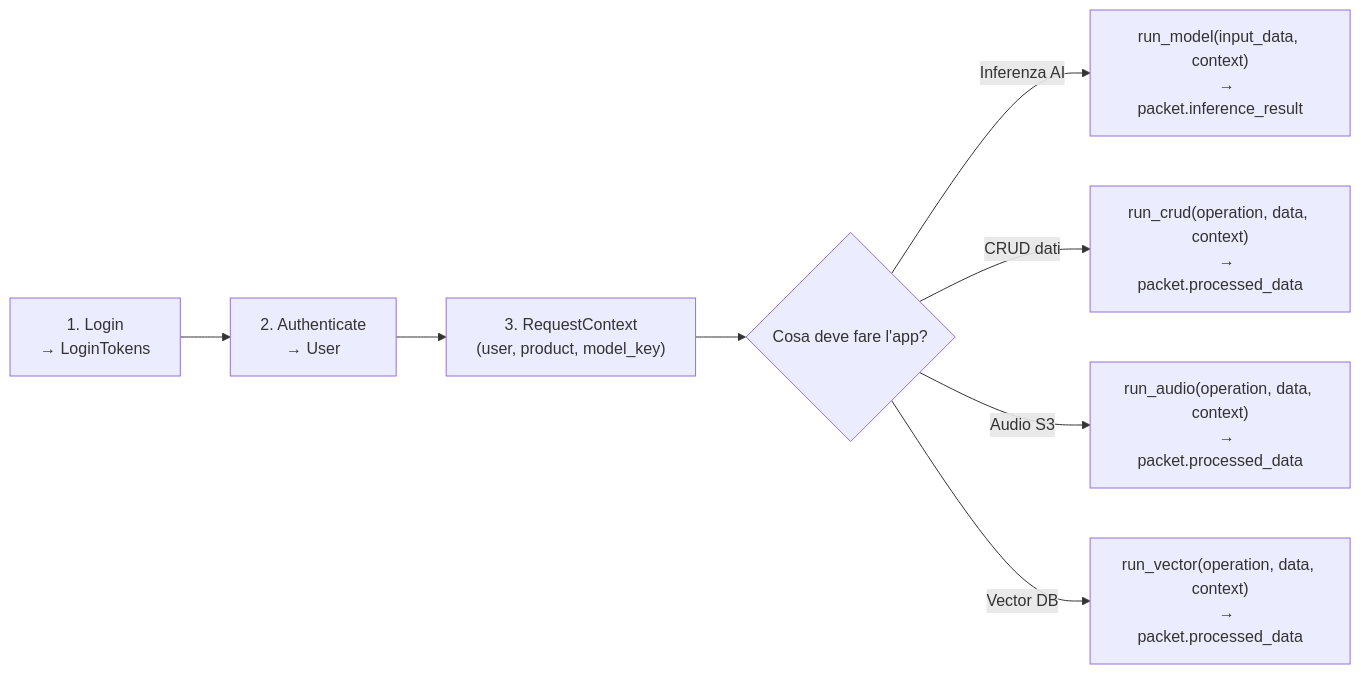
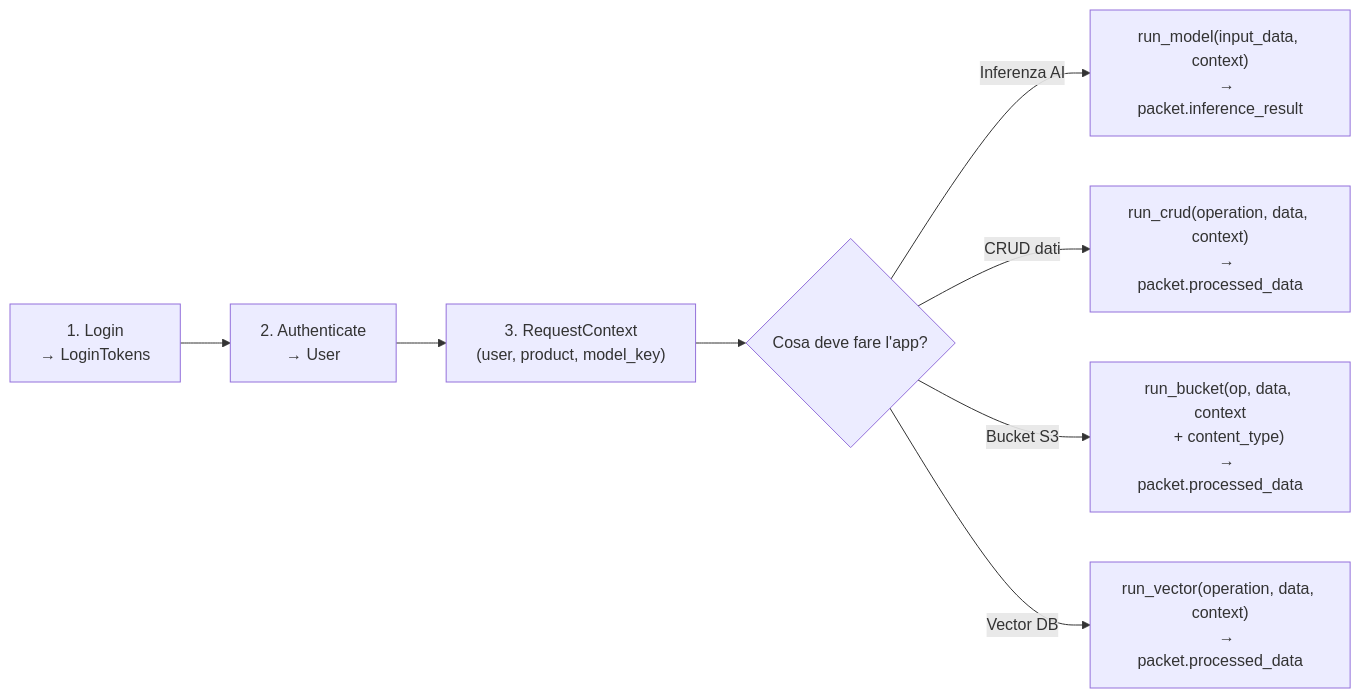
The second of 2 diagrams in docs/application-integration-flow.md (ianuacare/ianua-library), drawn with Mermaid before and after one commit. The commit also changed other lines of this file and 3 other files, not shown here.

First line of the commit message:
docs(infra): document pipeline split, storage parsers, and bucket flow

````diff
--- a/docs/application-integration-flow.md
+++ b/docs/application-integration-flow.md
@@ -514,17 +517,18 @@
 ```mermaid
 flowchart LR
     Login["1. Login
     → LoginTokens"] --> Auth["2. Authenticate
     → User"]
     Auth --> Ctx["3. RequestContext
     (user, product, model_key)"]
     Ctx --> Choice{Cosa deve fare l'app?}
     Choice -->|"Inferenza AI"| RunModel["run_model(input_data, context)
     → packet.inference_result"]
     Choice -->|"CRUD dati"| RunCrud["run_crud(operation, data, context)
     → packet.processed_data"]
-    Choice -->|"Audio S3"| RunAudio["run_audio(operation, data, context)
+    Choice -->|"Bucket S3"| RunBucket["run_bucket(op, data, context
+    + content_type)
     → packet.processed_data"]
     Choice -->|"Vector DB"| RunVector["run_vector(operation, data, context)
     → packet.processed_data"]
 ```
````
